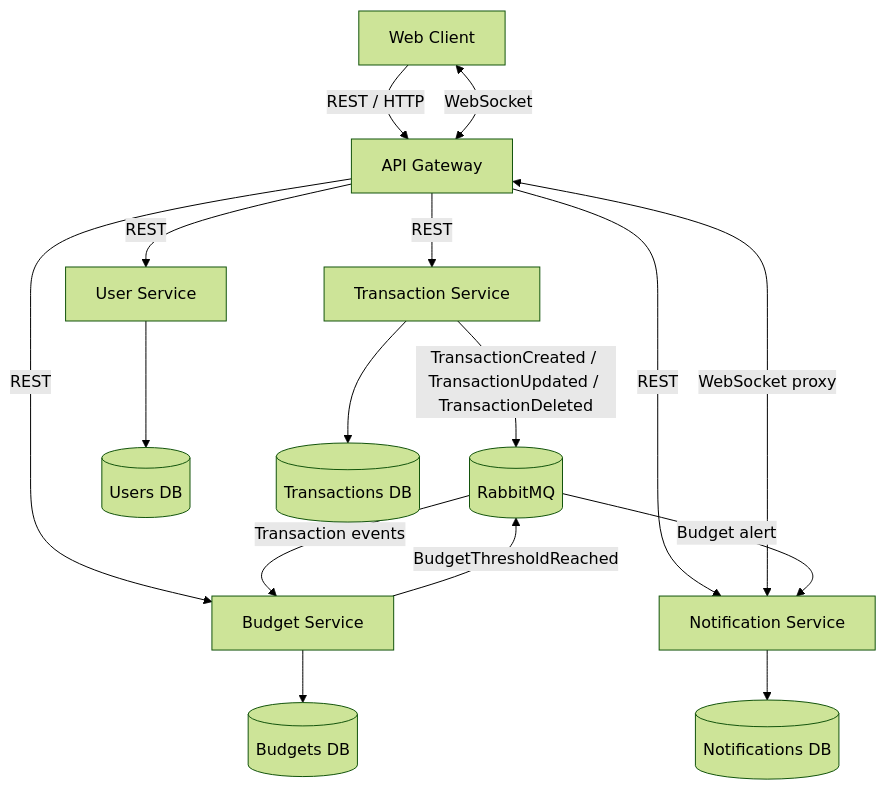
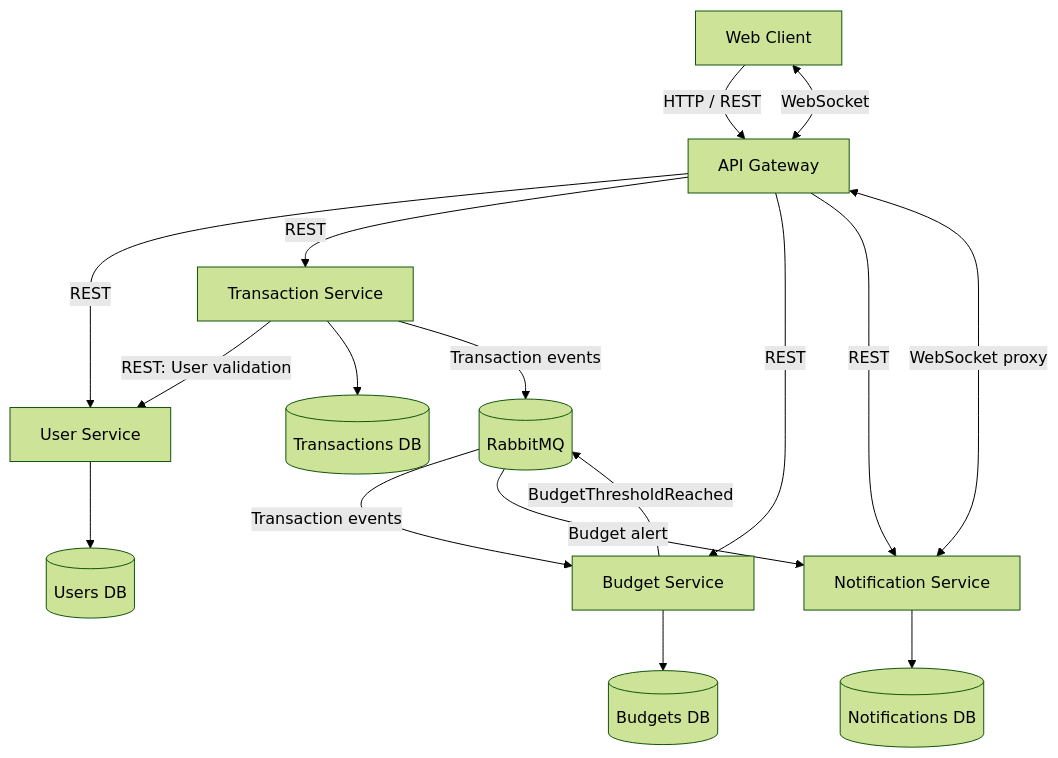
Before and after one commit to lojain1221/spend-wise: the diagram in docs/02-architecture.md, drawn with Mermaid (forest theme). The commit also changed other lines of this file, not shown here.

````diff
--- a/docs/02-architecture.md
+++ b/docs/02-architecture.md
@@ -30,40 +23,40 @@
 ```mermaid
 flowchart TB
     Browser["Web Client"]
     Gateway["API Gateway"]
 
     Users["User Service"]
     Transactions["Transaction Service"]
     Budgets["Budget Service"]
     Notifications["Notification Service"]
 
     MQ[("RabbitMQ")]
 
     UDB[("Users DB")]
     TDB[("Transactions DB")]
     BDB[("Budgets DB")]
     NDB[("Notifications DB")]
 
-    Browser -->|"REST / HTTP"| Gateway
+    Browser -->|"HTTP / REST"| Gateway
     Browser <-->|"WebSocket"| Gateway
 
     Gateway -->|"REST"| Users
     Gateway -->|"REST"| Transactions
     Gateway -->|"REST"| Budgets
     Gateway -->|"REST"| Notifications
 
     Gateway <-->|"WebSocket proxy"| Notifications
 
+    Transactions -->|"REST: User validation"| Users
+
     Users --> UDB
     Transactions --> TDB
     Budgets --> BDB
     Notifications --> NDB
 
-    Transactions -->|"TransactionCreated / TransactionUpdated / TransactionDeleted"| MQ
-
+    Transactions -->|"Transaction events"| MQ
     MQ -->|"Transaction events"| Budgets
 
     Budgets -->|"BudgetThresholdReached"| MQ
-
     MQ -->|"Budget alert"| Notifications
 ```
````
